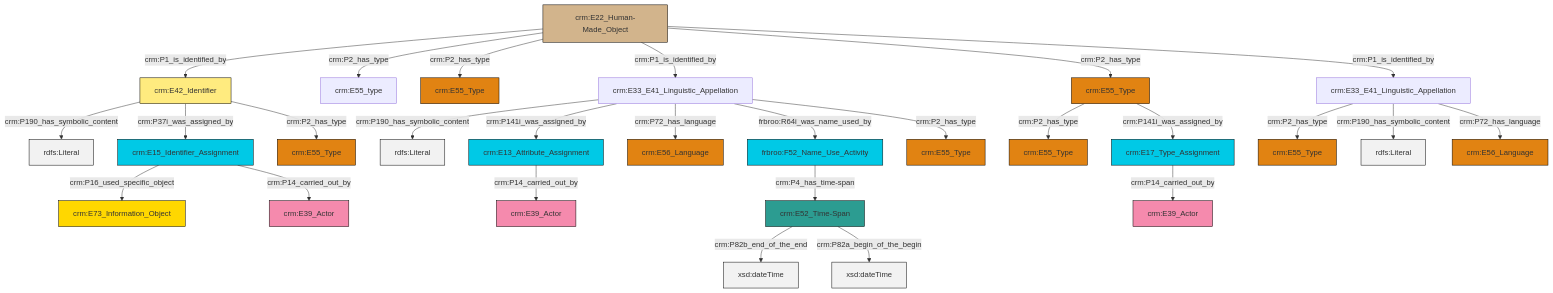
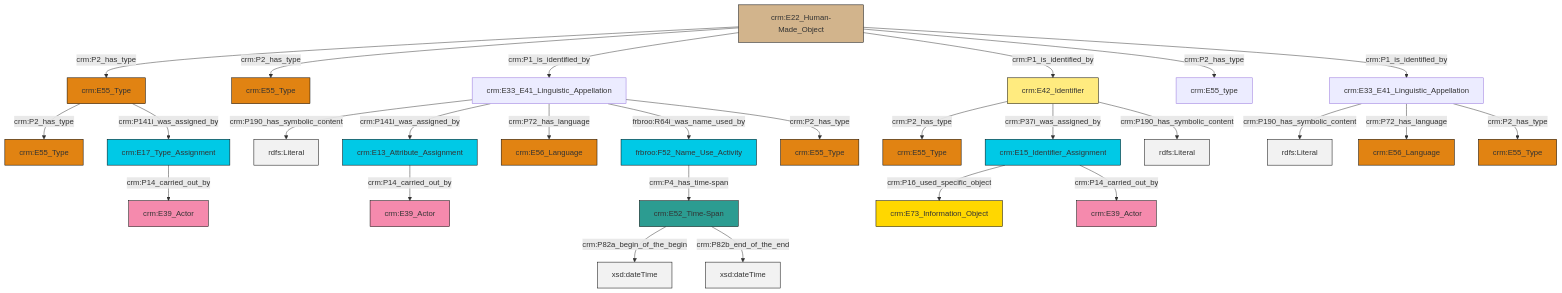
The diagram in et/builtWorkCSV/ttl/mmd/Built_Work_Names.ttl.mmd (swiss-art-research-net/reference-data-models), drawn with Mermaid before and after one commit. The commit also changed 123 other files, not shown here.

```diff
--- a/et/builtWorkCSV/ttl/mmd/Built_Work_Names.ttl.mmd
+++ b/et/builtWorkCSV/ttl/mmd/Built_Work_Names.ttl.mmd
@@ -1,41 +1,41 @@
 graph TD
 classDef Literal fill:#f2f2f2,stroke:#000000;
 classDef CRM_Entity fill:#FFFFFF,stroke:#000000;
 classDef Temporal_Entity fill:#00C9E6, stroke:#000000;
 classDef Type fill:#E18312, stroke:#000000;
 classDef Time-Span fill:#2C9C91, stroke:#000000;
 classDef Appellation fill:#FFEB7F, stroke:#000000;
 classDef Place fill:#008836, stroke:#000000;
 classDef Persistent_Item fill:#B266B2, stroke:#000000;
 classDef Conceptual_Object fill:#FFD700, stroke:#000000;
 classDef Physical_Thing fill:#D2B48C, stroke:#000000;
 classDef Actor fill:#f58aad, stroke:#000000;
 classDef PC_Classes fill:#4ce600, stroke:#000000;
 classDef Multi fill:#cccccc,stroke:#000000;
 
-0["crm:E22_Human-Made_Object"]:::Physical_Thing -->|crm:P1_is_identified_by| 1["crm:E42_Identifier"]:::Appellation
-2["crm:E33_E41_Linguistic_Appellation"]:::Default -->|crm:P2_has_type| 3["crm:E55_Type"]:::Type
-12["crm:E33_E41_Linguistic_Appellation"]:::Default -->|crm:P190_has_symbolic_content| 14[rdfs:Literal]:::Literal
-1["crm:E42_Identifier"]:::Appellation -->|crm:P190_has_symbolic_content| 18[rdfs:Literal]:::Literal
-12["crm:E33_E41_Linguistic_Appellation"]:::Default -->|crm:P141i_was_assigned_by| 21["crm:E13_Attribute_Assignment"]:::Temporal_Entity
-22["crm:E52_Time-Span"]:::Time-Span -->|crm:P82b_end_of_the_end| 23[xsd:dateTime]:::Literal
-0["crm:E22_Human-Made_Object"]:::Physical_Thing -->|crm:P2_has_type| 24["crm:E55_type"]:::Default
-21["crm:E13_Attribute_Assignment"]:::Temporal_Entity -->|crm:P14_carried_out_by| 29["crm:E39_Actor"]:::Actor
-12["crm:E33_E41_Linguistic_Appellation"]:::Default -->|crm:P72_has_language| 25["crm:E56_Language"]:::Type
-32["crm:E55_Type"]:::Type -->|crm:P2_has_type| 27["crm:E55_Type"]:::Type
-2["crm:E33_E41_Linguistic_Appellation"]:::Default -->|crm:P190_has_symbolic_content| 33[rdfs:Literal]:::Literal
-2["crm:E33_E41_Linguistic_Appellation"]:::Default -->|crm:P72_has_language| 8["crm:E56_Language"]:::Type
-6["frbroo:F52_Name_Use_Activity"]:::Temporal_Entity -->|crm:P4_has_time-span| 22["crm:E52_Time-Span"]:::Time-Span
-0["crm:E22_Human-Made_Object"]:::Physical_Thing -->|crm:P2_has_type| 16["crm:E55_Type"]:::Type
-38["crm:E15_Identifier_Assignment"]:::Temporal_Entity -->|crm:P16_used_specific_object| 30["crm:E73_Information_Object"]:::Conceptual_Object
-38["crm:E15_Identifier_Assignment"]:::Temporal_Entity -->|crm:P14_carried_out_by| 10["crm:E39_Actor"]:::Actor
-1["crm:E42_Identifier"]:::Appellation -->|crm:P37i_was_assigned_by| 38["crm:E15_Identifier_Assignment"]:::Temporal_Entity
-22["crm:E52_Time-Span"]:::Time-Span -->|crm:P82a_begin_of_the_begin| 39[xsd:dateTime]:::Literal
-0["crm:E22_Human-Made_Object"]:::Physical_Thing -->|crm:P1_is_identified_by| 12["crm:E33_E41_Linguistic_Appellation"]:::Default
-41["crm:E17_Type_Assignment"]:::Temporal_Entity -->|crm:P14_carried_out_by| 4["crm:E39_Actor"]:::Actor
-0["crm:E22_Human-Made_Object"]:::Physical_Thing -->|crm:P2_has_type| 32["crm:E55_Type"]:::Type
-0["crm:E22_Human-Made_Object"]:::Physical_Thing -->|crm:P1_is_identified_by| 2["crm:E33_E41_Linguistic_Appellation"]:::Default
-12["crm:E33_E41_Linguistic_Appellation"]:::Default -->|frbroo:R64i_was_name_used_by| 6["frbroo:F52_Name_Use_Activity"]:::Temporal_Entity
-32["crm:E55_Type"]:::Type -->|crm:P141i_was_assigned_by| 41["crm:E17_Type_Assignment"]:::Temporal_Entity
-12["crm:E33_E41_Linguistic_Appellation"]:::Default -->|crm:P2_has_type| 19["crm:E55_Type"]:::Type
-1["crm:E42_Identifier"]:::Appellation -->|crm:P2_has_type| 35["crm:E55_Type"]:::Type
+4["crm:E33_E41_Linguistic_Appellation"]:::Default -->|crm:P190_has_symbolic_content| 5[rdfs:Literal]:::Literal
+8["crm:E15_Identifier_Assignment"]:::Temporal_Entity -->|crm:P16_used_specific_object| 9["crm:E73_Information_Object"]:::Conceptual_Object
+4["crm:E33_E41_Linguistic_Appellation"]:::Default -->|crm:P72_has_language| 6["crm:E56_Language"]:::Type
+4["crm:E33_E41_Linguistic_Appellation"]:::Default -->|crm:P2_has_type| 10["crm:E55_Type"]:::Type
+11["crm:E33_E41_Linguistic_Appellation"]:::Default -->|crm:P190_has_symbolic_content| 12[rdfs:Literal]:::Literal
+13["crm:E55_Type"]:::Type -->|crm:P2_has_type| 0["crm:E55_Type"]:::Type
+22["crm:E22_Human-Made_Object"]:::Physical_Thing -->|crm:P2_has_type| 13["crm:E55_Type"]:::Type
+22["crm:E22_Human-Made_Object"]:::Physical_Thing -->|crm:P2_has_type| 31["crm:E55_Type"]:::Type
+26["crm:E42_Identifier"]:::Appellation -->|crm:P2_has_type| 16["crm:E55_Type"]:::Type
+8["crm:E15_Identifier_Assignment"]:::Temporal_Entity -->|crm:P14_carried_out_by| 2["crm:E39_Actor"]:::Actor
+11["crm:E33_E41_Linguistic_Appellation"]:::Default -->|crm:P141i_was_assigned_by| 37["crm:E13_Attribute_Assignment"]:::Temporal_Entity
+11["crm:E33_E41_Linguistic_Appellation"]:::Default -->|crm:P72_has_language| 35["crm:E56_Language"]:::Type
+32["crm:E52_Time-Span"]:::Time-Span -->|crm:P82a_begin_of_the_begin| 38[xsd:dateTime]:::Literal
+22["crm:E22_Human-Made_Object"]:::Physical_Thing -->|crm:P1_is_identified_by| 11["crm:E33_E41_Linguistic_Appellation"]:::Default
+14["frbroo:F52_Name_Use_Activity"]:::Temporal_Entity -->|crm:P4_has_time-span| 32["crm:E52_Time-Span"]:::Time-Span
+22["crm:E22_Human-Made_Object"]:::Physical_Thing -->|crm:P1_is_identified_by| 26["crm:E42_Identifier"]:::Appellation
+37["crm:E13_Attribute_Assignment"]:::Temporal_Entity -->|crm:P14_carried_out_by| 40["crm:E39_Actor"]:::Actor
+26["crm:E42_Identifier"]:::Appellation -->|crm:P37i_was_assigned_by| 8["crm:E15_Identifier_Assignment"]:::Temporal_Entity
+11["crm:E33_E41_Linguistic_Appellation"]:::Default -->|frbroo:R64i_was_name_used_by| 14["frbroo:F52_Name_Use_Activity"]:::Temporal_Entity
+32["crm:E52_Time-Span"]:::Time-Span -->|crm:P82b_end_of_the_end| 44[xsd:dateTime]:::Literal
+13["crm:E55_Type"]:::Type -->|crm:P141i_was_assigned_by| 45["crm:E17_Type_Assignment"]:::Temporal_Entity
+22["crm:E22_Human-Made_Object"]:::Physical_Thing -->|crm:P2_has_type| 29["crm:E55_type"]:::Default
+22["crm:E22_Human-Made_Object"]:::Physical_Thing -->|crm:P1_is_identified_by| 4["crm:E33_E41_Linguistic_Appellation"]:::Default
+11["crm:E33_E41_Linguistic_Appellation"]:::Default -->|crm:P2_has_type| 19["crm:E55_Type"]:::Type
+26["crm:E42_Identifier"]:::Appellation -->|crm:P190_has_symbolic_content| 50[rdfs:Literal]:::Literal
+45["crm:E17_Type_Assignment"]:::Temporal_Entity -->|crm:P14_carried_out_by| 23["crm:E39_Actor"]:::Actor
```
